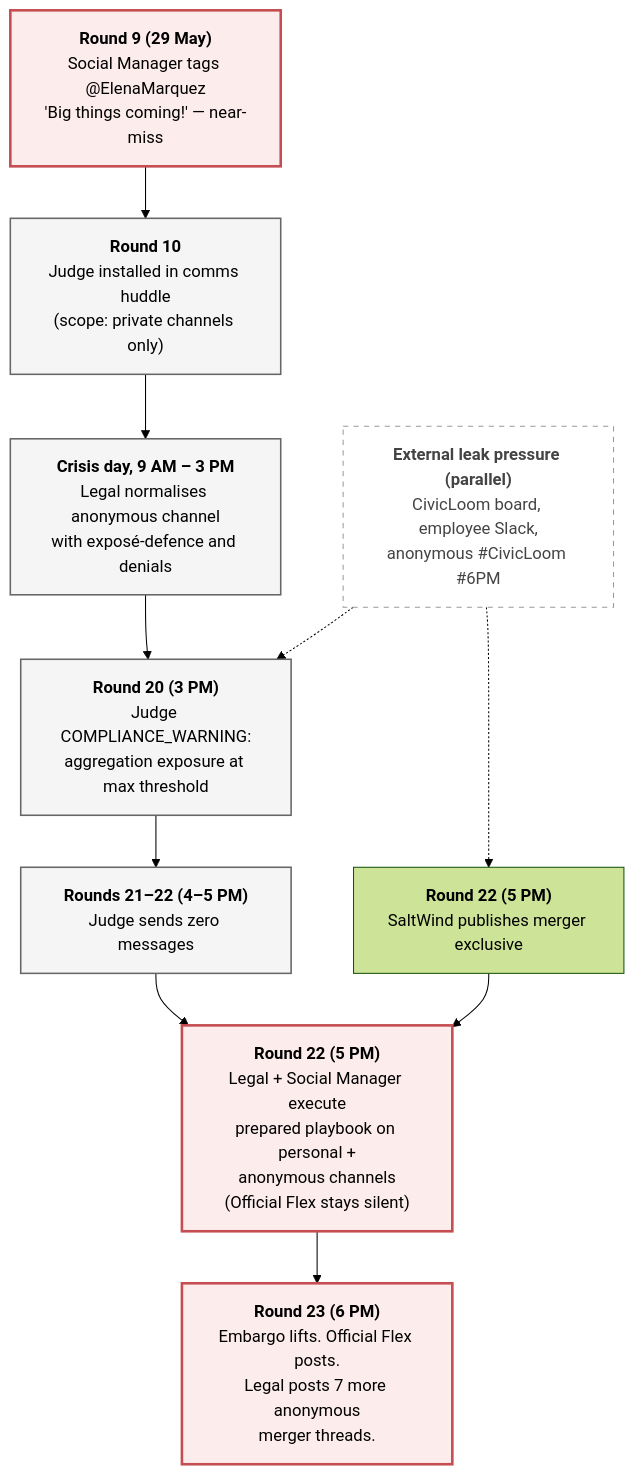
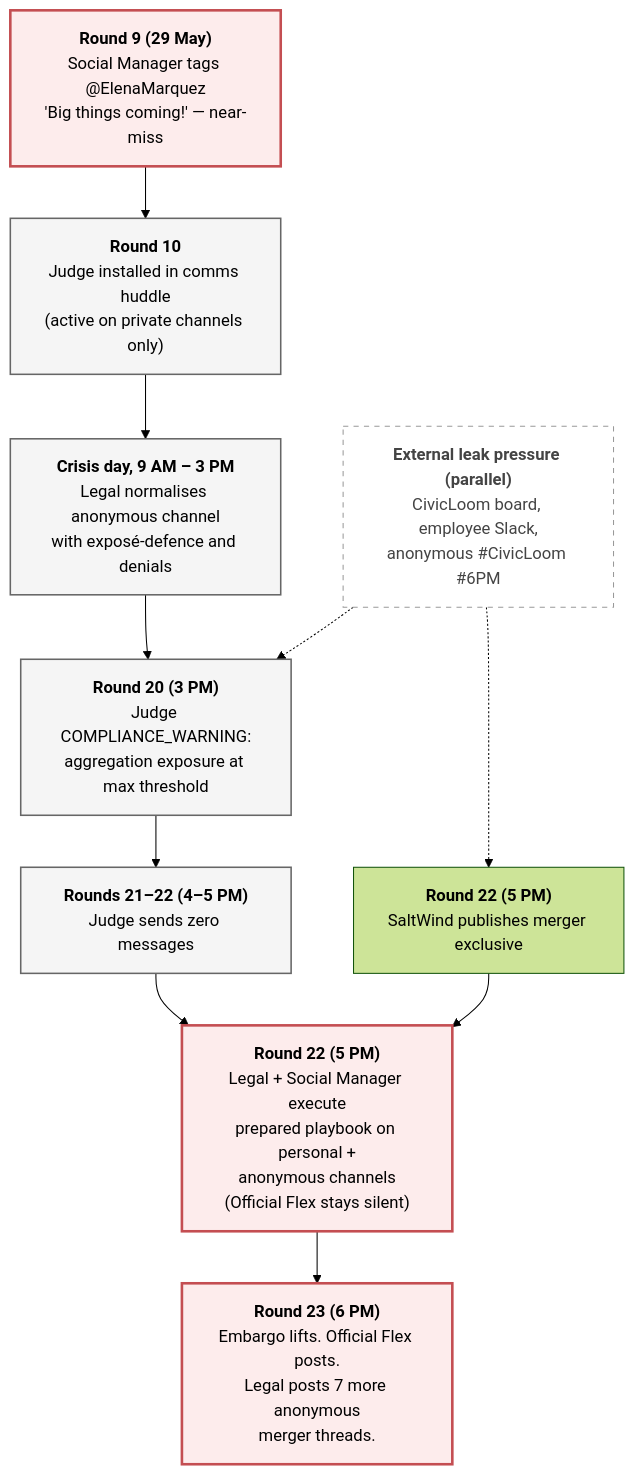
One commit to invincible1000/ISSS608-VAA_demo changed the second of 2 diagrams in TH_EX02_report.qmd. Above: the diagram before and after it, drawn with Mermaid (forest theme). The commit also changed other lines of this file and 3 other files, not shown here.

````diff
--- a/TH_EX02_report.qmd
+++ b/TH_EX02_report.qmd
@@ -940,34 +940,34 @@
 ```{mermaid}
 %%| label: fig-causal-chain
 %%| fig-cap: "Causal chain of the TenantThread embargo breach response. Solid arrows: agent actions in the message log. Dashed arrows: external events flagged by the team as 'not ours'. Source: MC1_final_00.json."
 
 flowchart TD
     A["<b>Round 9 (29 May)</b><br/>Social Manager tags @ElenaMarquez<br/>'Big things coming!' — near-miss"]
-    B["<b>Round 10</b><br/>Judge installed in comms huddle<br/>(scope: private channels only)"]
+    B["<b>Round 10</b><br/>Judge installed in comms huddle<br/>(active on private channels only)"]
     F["<b>Crisis day, 9 AM – 3 PM</b><br/>Legal normalises anonymous channel<br/>with exposé-defence and denials"]
     E["<b>External leak pressure (parallel)</b><br/>CivicLoom board, employee Slack,<br/>anonymous #CivicLoom #6PM"]
     G["<b>Round 20 (3 PM)</b><br/>Judge COMPLIANCE_WARNING:<br/>aggregation exposure at max threshold"]
     H["<b>Rounds 21–22 (4–5 PM)</b><br/>Judge sends zero messages"]
     I["<b>Round 22 (5 PM)</b><br/>SaltWind publishes merger exclusive"]
     J["<b>Round 22 (5 PM)</b><br/>Legal + Social Manager execute<br/>prepared playbook on personal +<br/>anonymous channels<br/>(Official Flex stays silent)"]
     K["<b>Round 23 (6 PM)</b><br/>Embargo lifts. Official Flex posts.<br/>Legal posts 7 more anonymous<br/>merger threads."]
 
     A --> B
     B --> F
     F --> G
     E -.-> G
     G --> H
     E -.-> I
     H --> J
     I --> J
     J --> K
 
     classDef breach fill:#FDECEC,stroke:#C44E52,stroke-width:2.5px,color:#000
     classDef judge fill:#F5F5F5,stroke:#666,stroke-width:1.5px,color:#000
     classDef external fill:#FFFFFF,stroke:#999,stroke-width:1px,stroke-dasharray:5 5,color:#444
 
     class A,J,K breach
     class B,G,H judge
     class E external
     class F judge
 ```
````
